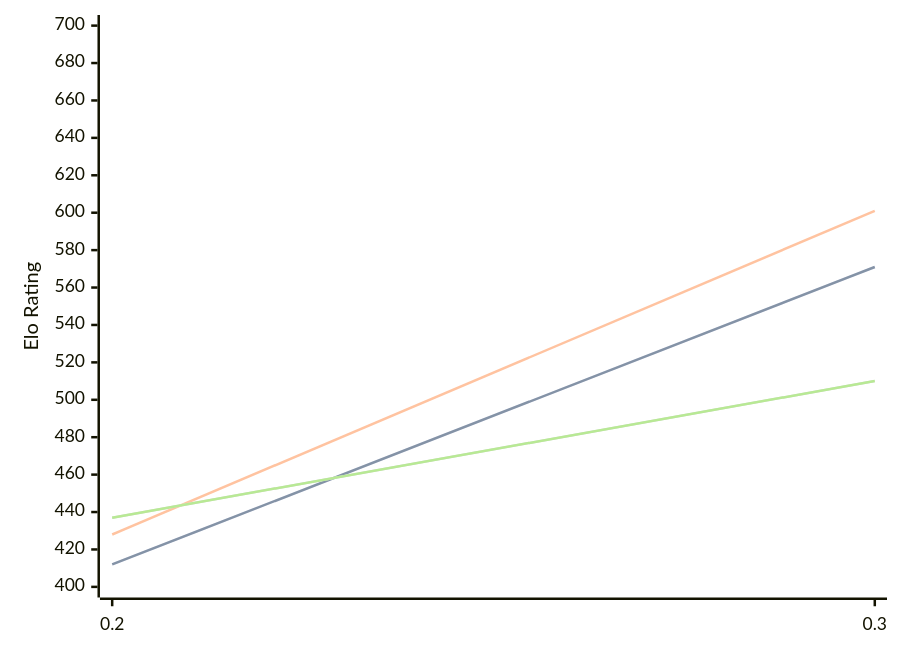
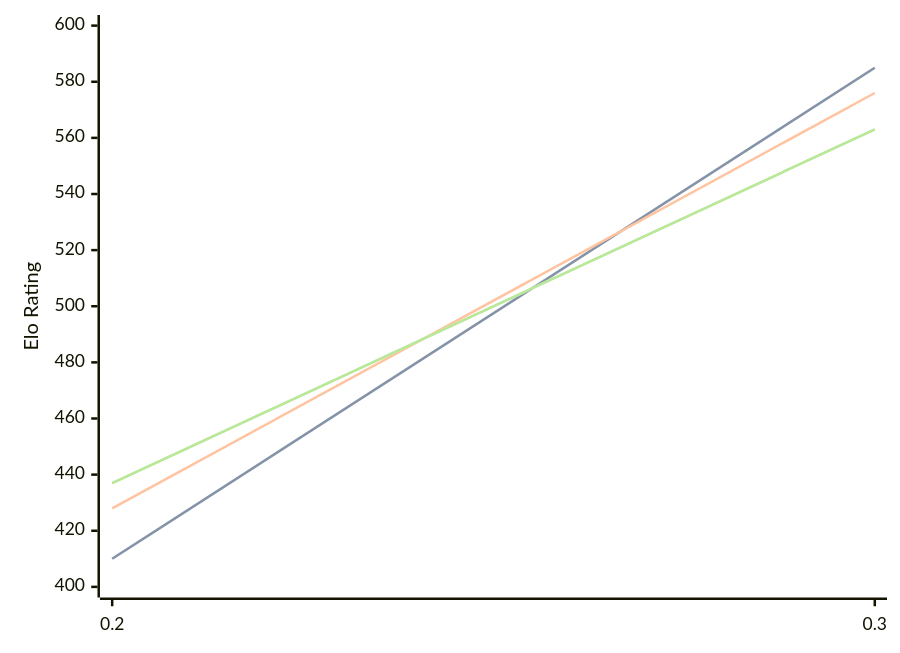
Before and after one commit to computer-chess-index/cci: the diagram in engines/Magpie.md, drawn with Mermaid. The commit also changed other lines of this file, not shown here.

Commit message:
Update CCI Ratings (ELO VLTC) - 2026-08-16

````diff
--- a/engines/Magpie.md
+++ b/engines/Magpie.md
@@ -32,11 +32,11 @@
 ```mermaid
 %%{init: {"theme":"base","themeVariables":{"seriesColors:['#a3a3a3','#222221','#faa371']}}}%%
 xychart-beta
   x-axis ["0.2", "0.3"]
-  y-axis "Elo Rating" 400 --> 700
-  line "STC (8.0+0.08s)" [412, 571]
-  line "STC (8.0+0.08s)" [412, 571]
-  line "LTC (60.0+0.60s)" [428, 601]
-  line "VLTC (2m24s+1.12s)" [437, 510]
-  line "VLTC (2m24s+1.12s)" [437, 510]
+  y-axis "Elo Rating" 400 --> 600
+  line "STC (8.0+0.08s)" [410, 585]
+  line "STC (8.0+0.08s)" [410, 585]
+  line "LTC (60.0+0.60s)" [428, 576]
+  line "VLTC (2m24s+1.12s)" [437, 563]
+  line "VLTC (2m24s+1.12s)" [437, 563]
 ```
````
